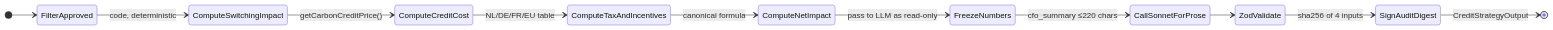
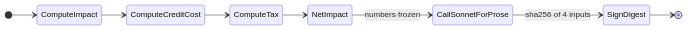
One commit to LucasDuys/bunq-hackathon changed the eighth of 10 diagrams in README.md. Above: the diagram before and after it, drawn with Mermaid. The commit also changed other lines of this file, not shown here.

````diff
--- a/README.md
+++ b/README.md
@@ -314,14 +232,11 @@
 ```mermaid
 stateDiagram-v2
     direction LR
-    [*] --> FilterApproved
-    FilterApproved --> ComputeSwitchingImpact: code, deterministic
-    ComputeSwitchingImpact --> ComputeCreditCost: getCarbonCreditPrice()
-    ComputeCreditCost --> ComputeTaxAndIncentives: NL/DE/FR/EU table
-    ComputeTaxAndIncentives --> ComputeNetImpact: canonical formula
-    ComputeNetImpact --> FreezeNumbers: pass to LLM as read-only
-    FreezeNumbers --> CallSonnetForProse: cfo_summary ≤220 chars
-    CallSonnetForProse --> ZodValidate
-    ZodValidate --> SignAuditDigest: sha256 of 4 inputs
-    SignAuditDigest --> [*]: CreditStrategyOutput
+    [*] --> ComputeImpact
+    ComputeImpact --> ComputeCreditCost
+    ComputeCreditCost --> ComputeTax
+    ComputeTax --> NetImpact
+    NetImpact --> CallSonnetForProse: numbers frozen
+    CallSonnetForProse --> SignDigest: sha256 of 4 inputs
+    SignDigest --> [*]
 ```
````
